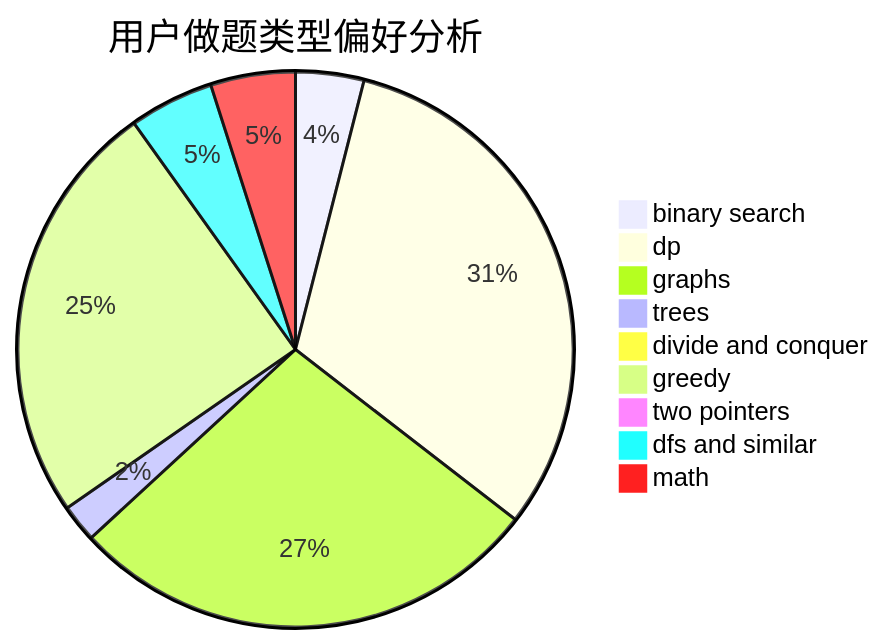
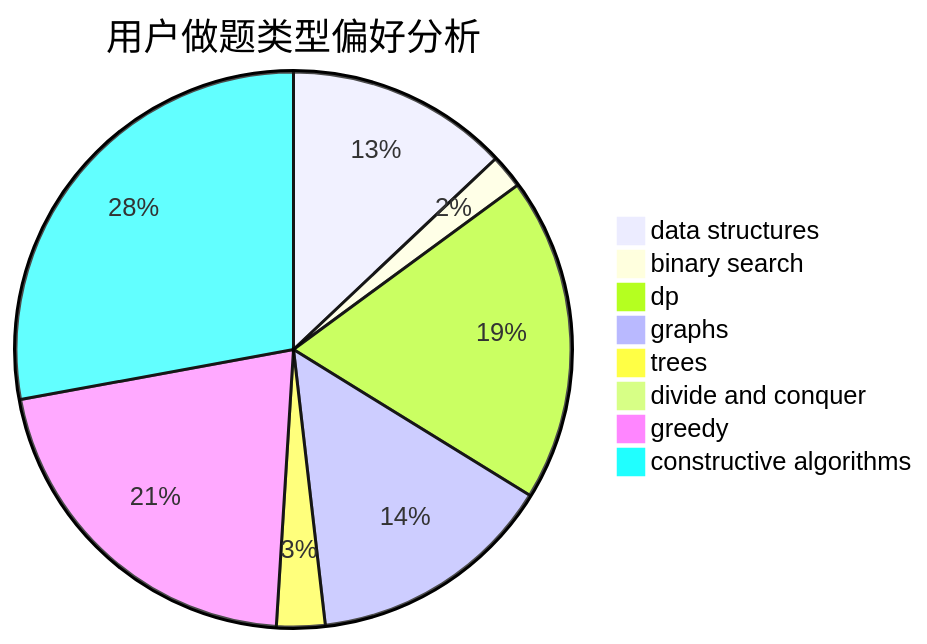
The second of 3 diagrams in docs/user/u1780.md (sherpahu/cfrs.github.io), drawn with Mermaid before and after one commit. The commit also changed other lines of this file and 2775 other files, not shown here.

````diff
--- a/docs/user/u1780.md
+++ b/docs/user/u1780.md
@@ -23,12 +23,11 @@
 ```mermaid
 pie title 用户做题类型偏好分析
-    "binary search" :  29
-    "dp" :  230
-    "graphs" :  202
-    "trees" :  16
+    "data structures" :  46
+    "binary search" :  7
+    "dp" :  67
+    "graphs" :  51
+    "trees" :  10
     "divide and conquer" :  0
-    "greedy" :  181
-    "two pointers" :  7
-    "dfs and similar" :  36
-    "math" :  36
+    "greedy" :  75
+    "constructive algorithms" :  99
 ```
````
